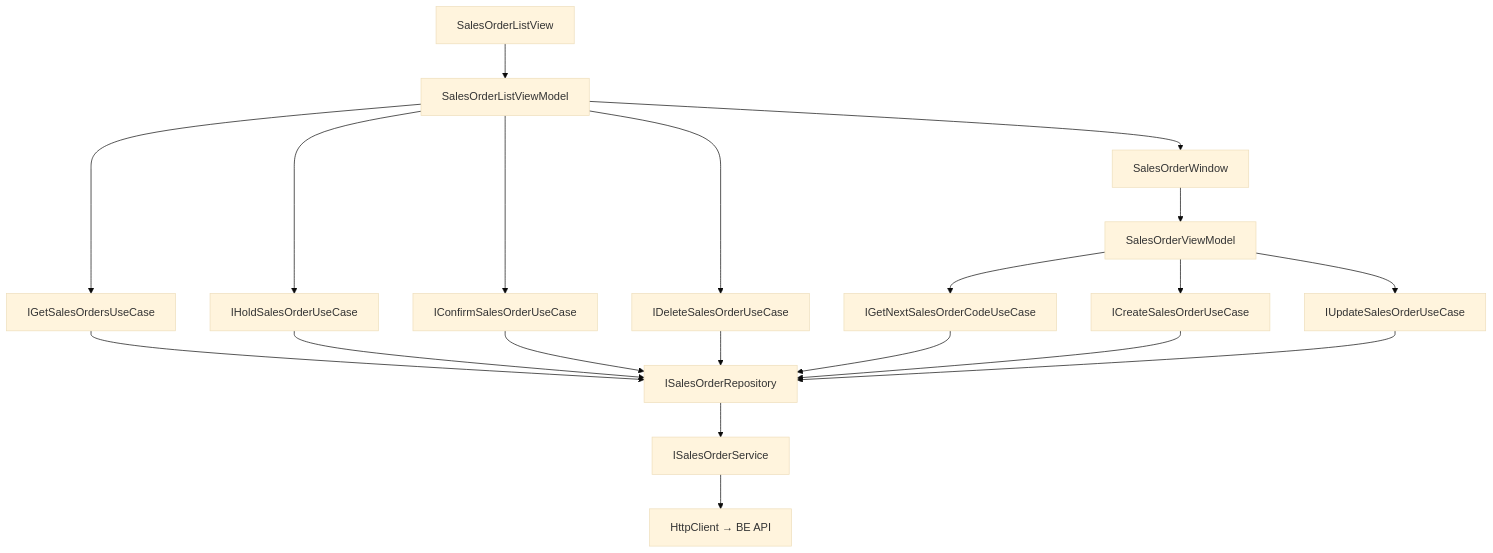
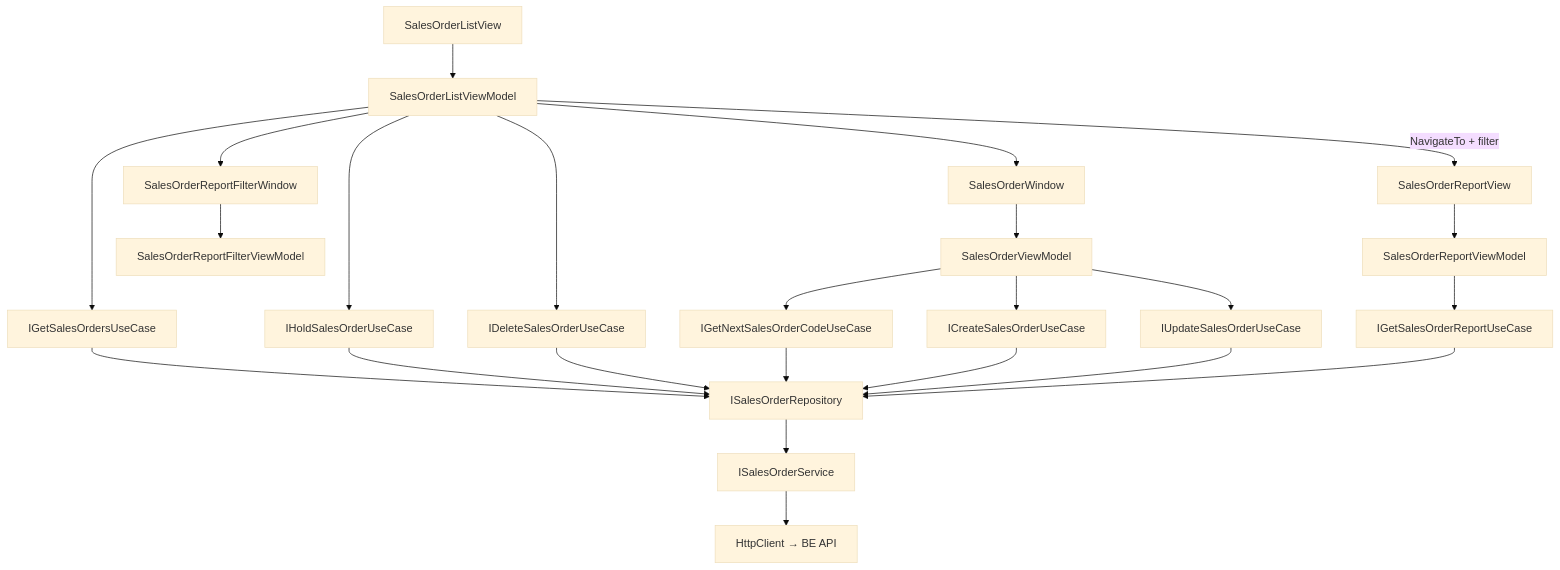
One commit to haiphan5289/desktop-lamour changed the diagram in src/DesktopLamour/Features/HomePage/Sales/docs/sales.md. Above: the diagram before and after it, drawn with Mermaid (base theme). The commit also changed other lines of this file and 293 other files, not shown here.

````diff
--- a/src/DesktopLamour/Features/HomePage/Sales/docs/sales.md
+++ b/src/DesktopLamour/Features/HomePage/Sales/docs/sales.md
@@ -114,22 +152,26 @@
 ```mermaid
 graph TD
     A[SalesOrderListView] --> B[SalesOrderListViewModel]
     B --> C[IGetSalesOrdersUseCase]
     B --> Ho[IHoldSalesOrderUseCase]
-    B --> Co[IConfirmSalesOrderUseCase]
     B --> F[IDeleteSalesOrderUseCase]
     B --> W[SalesOrderWindow]
     W --> VM[SalesOrderViewModel]
     VM --> N[IGetNextSalesOrderCodeUseCase]
     VM --> D[ICreateSalesOrderUseCase]
     VM --> E[IUpdateSalesOrderUseCase]
+    B --> RFW[SalesOrderReportFilterWindow]
+    RFW --> RFVM[SalesOrderReportFilterViewModel]
+    B -- NavigateTo + filter --> RV[SalesOrderReportView]
+    RV --> RVM[SalesOrderReportViewModel]
+    RVM --> Re[IGetSalesOrderReportUseCase]
     C --> J[ISalesOrderRepository]
     Ho --> J
-    Co --> J
     F --> J
     N --> J
     D --> J
     E --> J
+    Re --> J
     J --> K[ISalesOrderService]
     K --> L[HttpClient → BE API]
 ```
````
